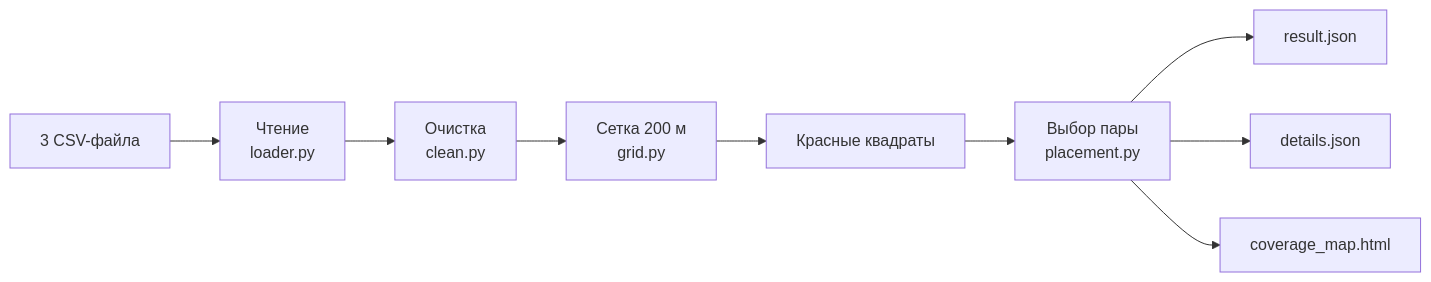
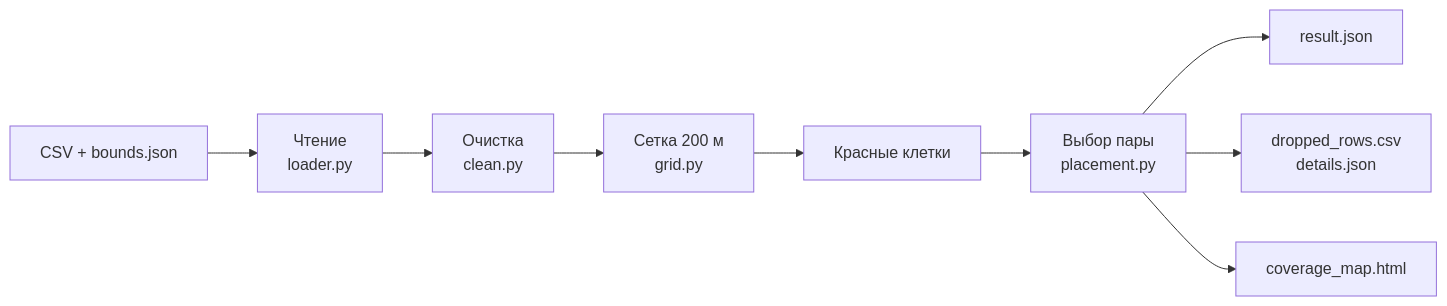
Before and after one commit to KUMA-ORIGINAL/inai-coverage-map: the diagram in docs/how-it-works.md, drawn with Mermaid. The commit also changed other lines of this file and 28 other files, not shown here.

````diff
--- a/docs/how-it-works.md
+++ b/docs/how-it-works.md
@@ -12,11 +15,11 @@
 ```mermaid
 flowchart LR
-    A[3 CSV-файла] --> B[Чтение<br>loader.py]
+    A[CSV + bounds.json] --> B[Чтение<br>loader.py]
     B --> C[Очистка<br>clean.py]
     C --> D[Сетка 200 м<br>grid.py]
-    D --> E[Красные квадраты]
+    D --> E[Красные клетки]
     E --> F[Выбор пары<br>placement.py]
     F --> G[result.json]
-    F --> H[details.json]
+    F --> H[dropped_rows.csv<br>details.json]
     F --> I[coverage_map.html]
 ```
````
